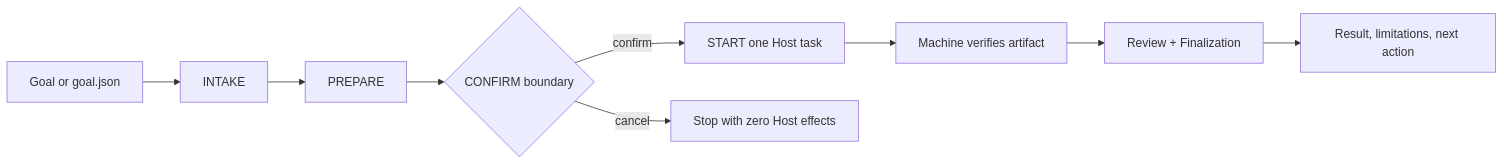
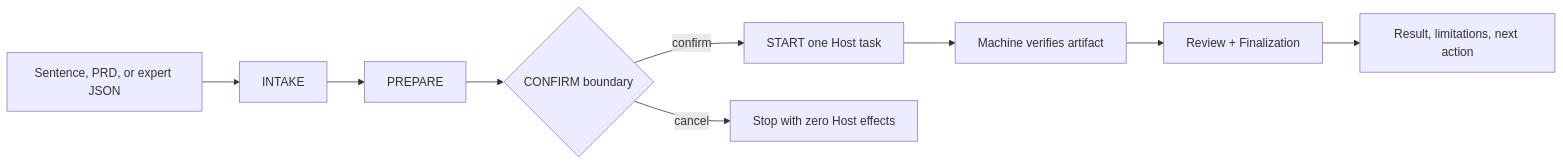
Before and after one commit to amanayayatu-tech/loop-skill: the first of 2 diagrams in README.en.md, drawn with Mermaid. The commit also changed other lines of this file and 60 other files, not shown here.

````diff
--- a/README.en.md
+++ b/README.en.md
@@ -89,11 +82,11 @@
 ```mermaid
 flowchart LR
-    G["Goal or goal.json"] --> I["INTAKE"]
+    G["Sentence, PRD, or expert JSON"] --> I["INTAKE"]
     I --> P["PREPARE"]
     P --> C{"CONFIRM boundary"}
     C -->|confirm| S["START one Host task"]
     C -->|cancel| X["Stop with zero Host effects"]
     S --> A["Machine verifies artifact"]
     A --> R["Review + Finalization"]
     R --> O["Result, limitations, next action"]
 ```
````
